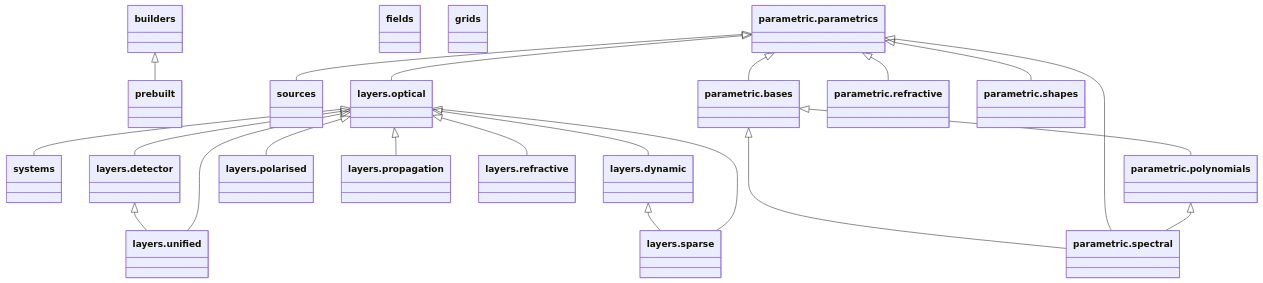
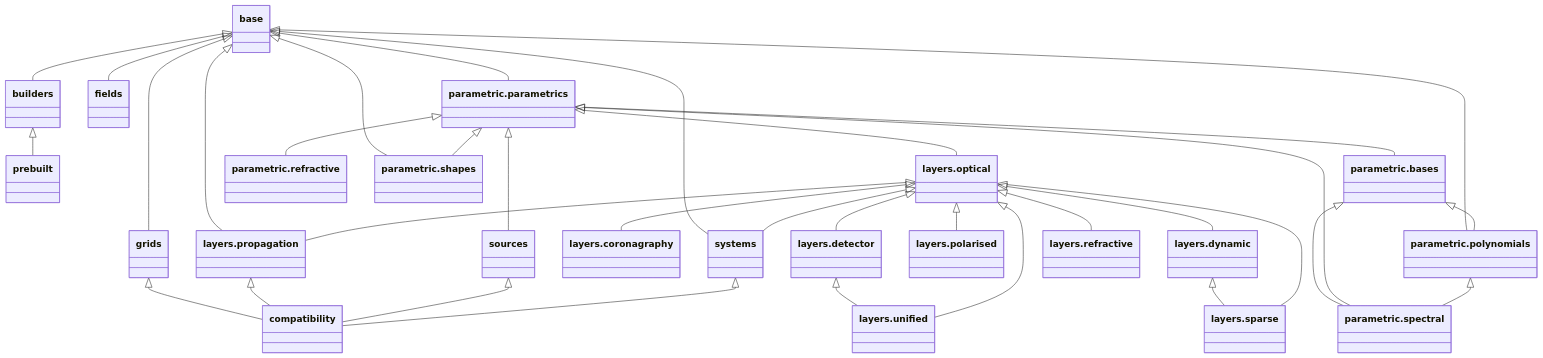
One commit to LouisDesdoigts/dLux changed the diagram in docs/API/overview.md. Above: the diagram before and after it, drawn with Mermaid. The commit also changed 103 other files, not shown here.

````diff
--- a/docs/API/overview.md
+++ b/docs/API/overview.md
@@ -5,63 +5,82 @@
 ```mermaid
 classDiagram
+    class dLux_base["base"]
+    click dLux_base href "../core/base/" "Public classes: Base"
     class dLux_builders["builders"]
     click dLux_builders href "../core/builders/" "Public classes: GridBuilder, OPDDef, ApertureData, Norm, ZernikeDef, ApertureBuilder, SparseApertureBuilder"
+    class dLux_compatibility["compatibility"]
+    click dLux_compatibility href "../core/compatibility/" "Public classes: ABCDConjugatePlane, ASMPropagator, AberratedAperture, AngularOpticalSystem, BaseDetector, BaseOpticalSystem, BaseSpectrum, BasisLayer, BasisOptic, CartesianOpticalSystem, CircularAperture, CompoundAperture, CoordSpec, DistortedCoords, Dither, FFT, FFTPropagator, Instrument, LayeredDetector, LayeredOpticalSystem, MFT, MFTPropagator, MultiAperture, PadSpec, ParametricOpticalSystem, PointResolvedSource, PointSource, PointSources, PolySpectrum, RectangularAperture, RegPolyAperture, ResolvedSource, Rotate, Scene, SquareAperture, Telescope, Zernike"
     class dLux_fields["fields"]
     click dLux_fields href "../core/fields/" "Public classes: BaseField, ContinuousField, DiscreteField, Wavefront, PolarisedWavefront, PSF, Image"
     class dLux_grids["grids"]
-    click dLux_grids href "../core/grids/" "Public classes: GridSpec, ResizeSpec, CoordTransform, Affine, AffineMap, TransformChain, DistortCoords"
+    click dLux_grids href "../core/grids/" "Public classes: CoordTransform, BaseGridSpec, GridSpec, ResizeSpec, PasteSpec, CoordTransform, Affine, AffineMap, TransformChain, DistortCoords"
     class dLux_prebuilt["prebuilt"]
     click dLux_prebuilt href "../core/prebuilt/" "Public classes: SimpleCircular, SegmentedHex, NRMLike, HSTLike, JWSTLike, JWSTNRMLike, EuclidLike"
     class dLux_sources["sources"]
     click dLux_sources href "../core/sources/" "Public classes: BaseSource, Spectrum, Source, BinarySource"
     class dLux_systems["systems"]
     click dLux_systems href "../core/systems/" "Public classes: LayeredSystem, OpticalSystem, DetectorSystem"
+    class dLux_layers_coronagraphy["layers.coronagraphy"]
+    click dLux_layers_coronagraphy href "../layers/coronagraphy/" "Public classes: SoummerFPM"
     class dLux_layers_detector["layers.detector"]
     click dLux_layers_detector href "../layers/detector/" "Public classes: BaseDetectorLayer, DetectorLayer, ApplyPixelResponse, ApplyJitter, ApplySaturation, AddConstant"
     class dLux_layers_dynamic["layers.dynamic"]
     click dLux_layers_dynamic href "../layers/dynamic/" "Public classes: BaseDynamicLayer, DynamicTransmissiveLayer, DynamicAberratedLayer, DynamicOptic"
     class dLux_layers_optical["layers.optical"]
-    click dLux_layers_optical href "../layers/optical/" "Public classes: BaseLayer, BaseOpticalLayer, OpticalLayer, TransmissiveLayer, AberratedLayer, Optic, Tilt, SoummerFPM"
+    click dLux_layers_optical href "../layers/optical/" "Public classes: BaseLayer, BaseOpticalLayer, OpticalLayer, TransmissiveLayer, AberratedLayer, Optic, Tilt"
     class dLux_layers_polarised["layers.polarised"]
     click dLux_layers_polarised href "../layers/polarised/" "Public classes: PolarisationLayer, PolarisingOptic, UniformPolarisingOptic, LinearPolariser, Retarder"
     class dLux_layers_propagation["layers.propagation"]
     click dLux_layers_propagation href "../layers/propagation/" "Public classes: ABCDElement, ABCDFreeSpace, ABCDLens, ABCDMirror, ABCDFraunhofer, Propagator, FocalPropagator, ABCDPropagator, FreeSpace, Fraunhofer, Fresnel"
     class dLux_layers_refractive["layers.refractive"]
     click dLux_layers_refractive href "../layers/refractive/" "Public classes: RefractiveOptic, Wedge"
     class dLux_layers_sparse["layers.sparse"]
     click dLux_layers_sparse href "../layers/sparse/" "Public classes: Interfere, SparseOptic, SparseDynamicOptic"
     class dLux_layers_unified["layers.unified"]
     click dLux_layers_unified href "../layers/unified/" "Public classes: UnifiedLayer, Resize, Downsample, Flip, Interpolate, Normalise, Lambda"
     class dLux_parametric_bases["parametric.bases"]
-    click dLux_parametric_bases href "../parametric/bases/" "Public classes: ParametricBasis, Basis, ImplicitBasis, CoordBasis, CLIMBBasis, FourierBasis, SplineBasis"
+    click dLux_parametric_bases href "../parametric/bases/" "Public classes: ParametricBasis, Basis, PastedBasis, ImplicitBasis, CoordBasis, CLIMBBasis, FourierBasis, SplineBasis"
     class dLux_parametric_parametrics["parametric.parametrics"]
     click dLux_parametric_parametrics href "../parametric/parametrics/" "Public classes: Parametric, ParametricHolder, Transform, Interpolation, DynamicParametric, Combination"
     class dLux_parametric_polynomials["parametric.polynomials"]
     click dLux_parametric_polynomials href "../parametric/polynomials/" "Public classes: DynamicZernike, ZernikeBasis, DynamicZernikeBasis, Polynomial, ExplicitPolynomial, CoordinatePolynomial"
     class dLux_parametric_refractive["parametric.refractive"]
     click dLux_parametric_refractive href "../parametric/refractive/" "Public classes: CauchyIndex, PolynomialIndex, InterpolatedIndex"
     class dLux_parametric_shapes["parametric.shapes"]
-    click dLux_parametric_shapes href "../parametric/shapes/" "Public classes: Shape, InvertibleShape, Soft, Circle, Square, Rectangle, RegularPolygon, Spider, Complement, TransformedShape"
+    click dLux_parametric_shapes href "../parametric/shapes/" "Public classes: Shape, InvertibleShape, Hard, Soft, Circle, Square, Rectangle, RegularPolygon, Spider, Complement, TransformedShape"
     class dLux_parametric_spectral["parametric.spectral"]
     click dLux_parametric_spectral href "../parametric/spectral/" "Public classes: SpectralPolynomial, SpectralBasis, Blackbody"
+    dLux_base <|-- dLux_builders
+    dLux_base <|-- dLux_fields
+    dLux_base <|-- dLux_grids
+    dLux_base <|-- dLux_layers_propagation
+    dLux_base <|-- dLux_parametric_parametrics
+    dLux_base <|-- dLux_parametric_polynomials
+    dLux_base <|-- dLux_parametric_shapes
+    dLux_base <|-- dLux_systems
     dLux_builders <|-- dLux_prebuilt
+    dLux_grids <|-- dLux_compatibility
     dLux_layers_detector <|-- dLux_layers_unified
     dLux_layers_dynamic <|-- dLux_layers_sparse
+    dLux_layers_optical <|-- dLux_layers_coronagraphy
     dLux_layers_optical <|-- dLux_layers_detector
     dLux_layers_optical <|-- dLux_layers_dynamic
     dLux_layers_optical <|-- dLux_layers_polarised
     dLux_layers_optical <|-- dLux_layers_propagation
     dLux_layers_optical <|-- dLux_layers_refractive
     dLux_layers_optical <|-- dLux_layers_sparse
     dLux_layers_optical <|-- dLux_layers_unified
     dLux_layers_optical <|-- dLux_systems
+    dLux_layers_propagation <|-- dLux_compatibility
     dLux_parametric_bases <|-- dLux_parametric_polynomials
     dLux_parametric_bases <|-- dLux_parametric_spectral
     dLux_parametric_parametrics <|-- dLux_layers_optical
     dLux_parametric_parametrics <|-- dLux_parametric_bases
     dLux_parametric_parametrics <|-- dLux_parametric_refractive
     dLux_parametric_parametrics <|-- dLux_parametric_shapes
     dLux_parametric_parametrics <|-- dLux_parametric_spectral
     dLux_parametric_parametrics <|-- dLux_sources
     dLux_parametric_polynomials <|-- dLux_parametric_spectral
+    dLux_sources <|-- dLux_compatibility
+    dLux_systems <|-- dLux_compatibility
 ```
````
